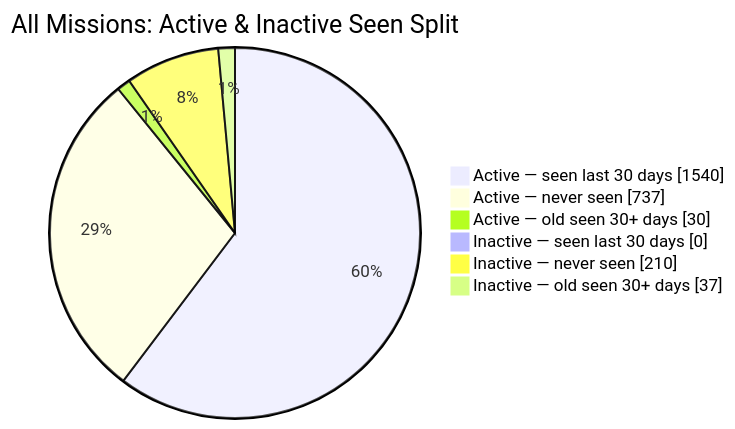
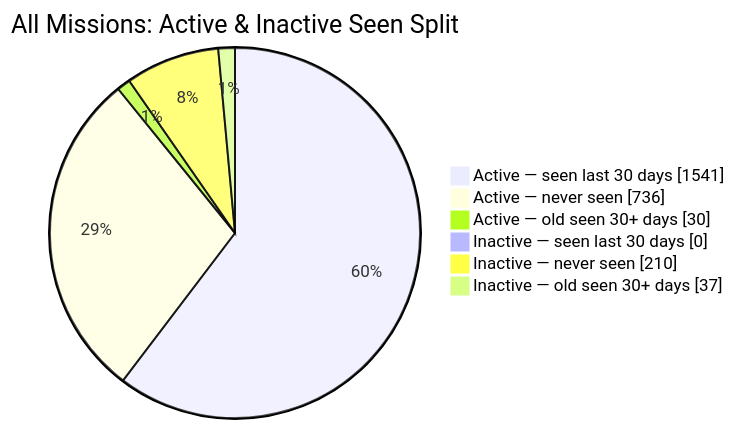
One commit to MeldkamerspelGameTeam/active-missions changed the second of 2 diagrams in README.md. Above: the diagram before and after it, drawn with Mermaid. The commit also changed other lines of this file and 2 other files, not shown here.

````diff
--- a/README.md
+++ b/README.md
@@ -44,10 +44,10 @@
 ```mermaid
 pie showData
     title All Missions: Active & Inactive Seen Split
-    "Active — seen last 30 days" : 1540
-    "Active — never seen" : 737
+    "Active — seen last 30 days" : 1541
+    "Active — never seen" : 736
     "Active — old seen 30+ days" : 30
     "Inactive — seen last 30 days" : 0
     "Inactive — never seen" : 210
     "Inactive — old seen 30+ days" : 37
 ```
````
